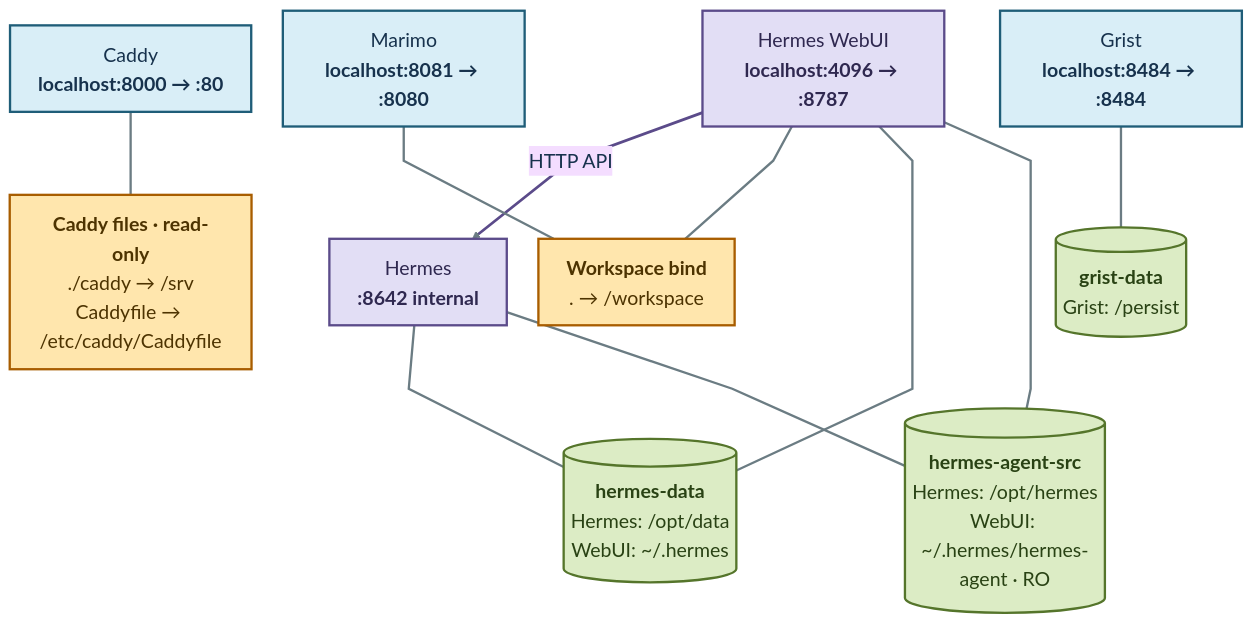
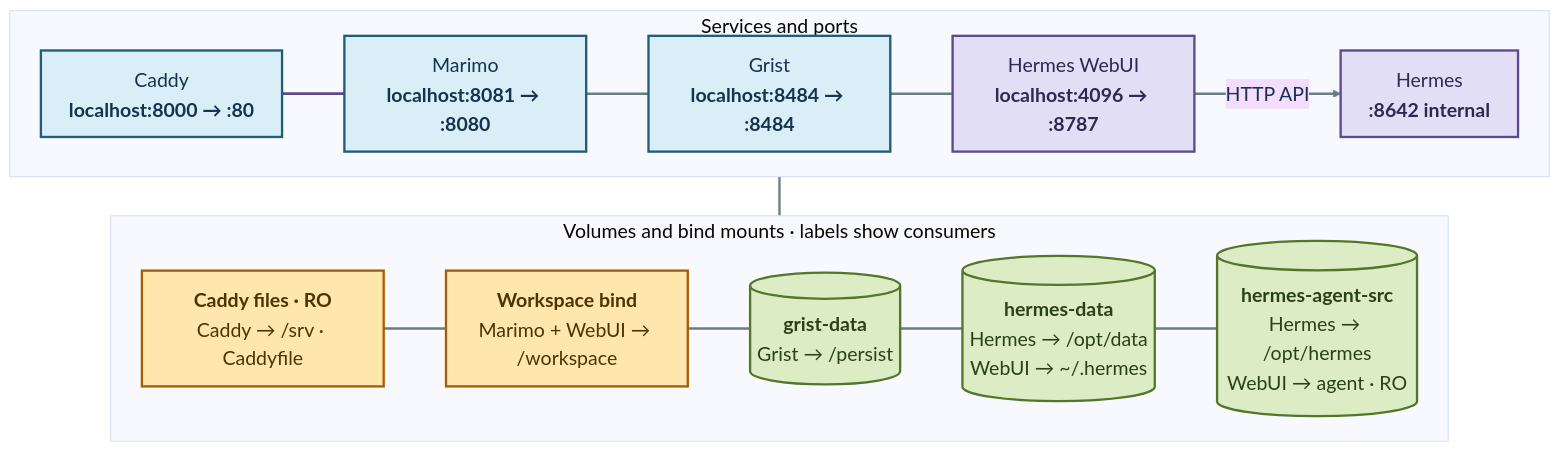
One commit to D3f0/py-spreadsheets-2026 changed the second of 2 diagrams in slides.qmd. Above: the diagram before and after it, drawn with Mermaid. The commit also changed other lines of this file and 23 other files, not shown here.

````diff
--- a/slides.qmd
+++ b/slides.qmd
@@ -150,47 +178,47 @@
 ```{mermaid}
 %%{init: {
   "theme": "base",
   "flowchart": {"curve": "linear", "htmlLabels": true, "nodeSpacing": 34, "rankSpacing": 42, "diagramPadding": 4},
   "themeVariables": {
     "background": "#fdf6e3",
     "primaryTextColor": "#17324d",
     "lineColor": "#6b7c83",
     "fontFamily": "system-ui, sans-serif",
     "fontSize": "21px"
   }
 }}%%
 flowchart TB
-    Caddy["Caddy<br/><b>localhost:8000 → :80</b>"]
-    Grist["Grist<br/><b>localhost:8484 → :8484</b>"]
-    Marimo["Marimo<br/><b>localhost:8081 → :8080</b>"]
-    WebUI["Hermes WebUI<br/><b>localhost:4096 → :8787</b>"]
-    Hermes["Hermes<br/><b>:8642 internal</b>"]
+    subgraph ServiceRow["Services and ports"]
+        direction LR
+        Caddy["Caddy<br/><b>localhost:8000 → :80</b>"]
+        Marimo["Marimo<br/><b>localhost:8081 → :8080</b>"]
+        Grist["Grist<br/><b>localhost:8484 → :8484</b>"]
+        WebUI["Hermes WebUI<br/><b>localhost:4096 → :8787</b>"]
+        Hermes["Hermes<br/><b>:8642 internal</b>"]
+        Caddy ~~~ Marimo ~~~ Grist ~~~ WebUI
+        WebUI -->|"HTTP API"| Hermes
+    end
 
-    WebUI -->|"HTTP API"| Hermes
+    subgraph MountRow["Volumes and bind mounts · labels show consumers"]
+        direction LR
+        CaddyFiles["<b>Caddy files · RO</b><br/>Caddy → /srv · Caddyfile"]
+        Workspace["<b>Workspace bind</b><br/>Marimo + WebUI → /workspace"]
+        GristData[("<b>grist-data</b><br/>Grist → /persist")]
+        HermesData[("<b>hermes-data</b><br/>Hermes → /opt/data<br/>WebUI → ~/.hermes")]
+        HermesSource[("<b>hermes-agent-src</b><br/>Hermes → /opt/hermes<br/>WebUI → agent · RO")]
+        CaddyFiles ~~~ Workspace ~~~ GristData ~~~ HermesData ~~~ HermesSource
+    end
 
-    CaddyFiles["<b>Caddy files · read-only</b><br/>./caddy → /srv<br/>Caddyfile → /etc/caddy/Caddyfile"]
-    Workspace["<b>Workspace bind</b><br/>. → /workspace"]
-    GristData[("<b>grist-data</b><br/>Grist: /persist")]
-    HermesData[("<b>hermes-data</b><br/>Hermes: /opt/data<br/>WebUI: ~/.hermes")]
-    HermesSource[("<b>hermes-agent-src</b><br/>Hermes: /opt/hermes<br/>WebUI: ~/.hermes/hermes-agent · RO")]
-
-    Caddy --- CaddyFiles
-    Grist --- GristData
-    Marimo --- Workspace
-    WebUI --- Workspace
-    WebUI --- HermesData
-    Hermes --- HermesData
-    WebUI --- HermesSource
-    Hermes --- HermesSource
+    ServiceRow ~~~ MountRow
 
     classDef service fill:#d9eef7,stroke:#1f5d78,color:#17324d,stroke-width:2.5px;
     classDef agent fill:#e2def5,stroke:#5b4b8a,color:#2f2850,stroke-width:2.5px;
     classDef bind fill:#ffe6ad,stroke:#a85d00,color:#4d3300,stroke-width:2.5px;
     classDef volume fill:#dcecc5,stroke:#55752b,color:#294214,stroke-width:2.5px;
     class Caddy,Grist,Marimo service;
     class Hermes,WebUI agent;
     class CaddyFiles,Workspace bind;
     class GristData,HermesData,HermesSource volume;
     linkStyle default stroke:#6b7c83,stroke-width:2.5px;
     linkStyle 0 stroke:#5b4b8a,stroke-width:3px;
 ```
````
